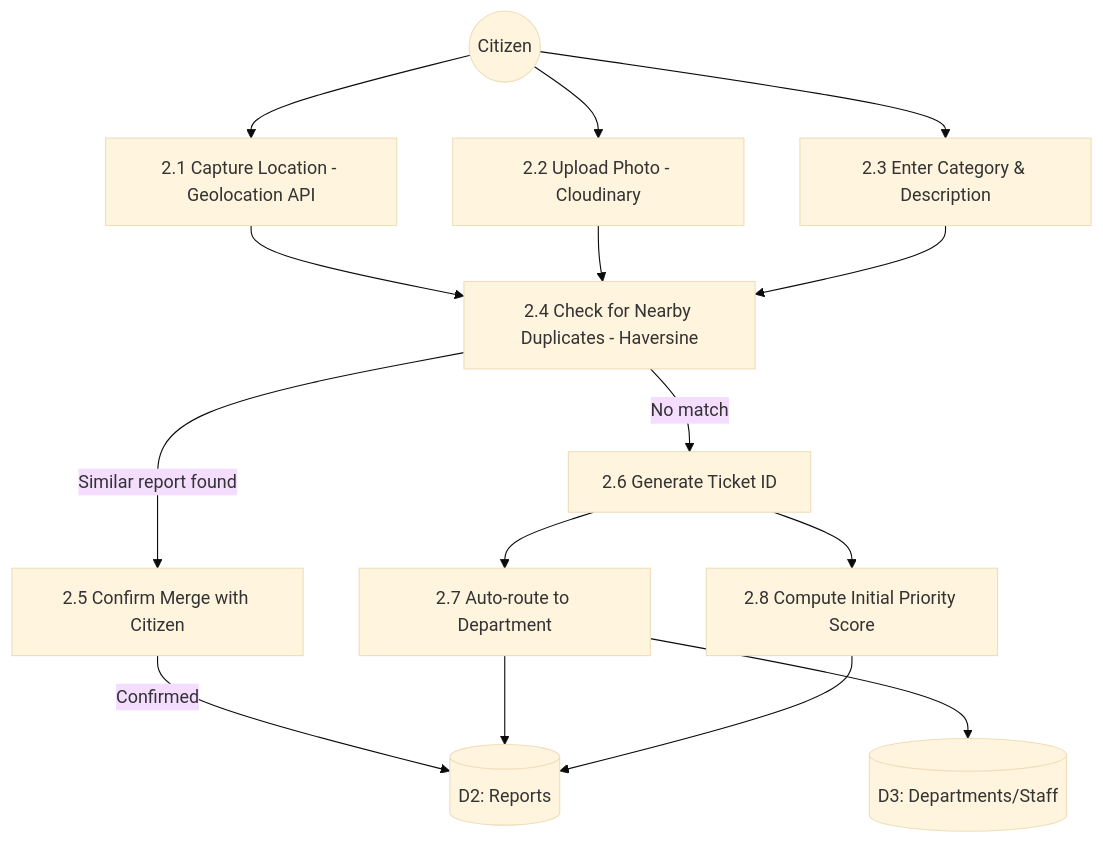
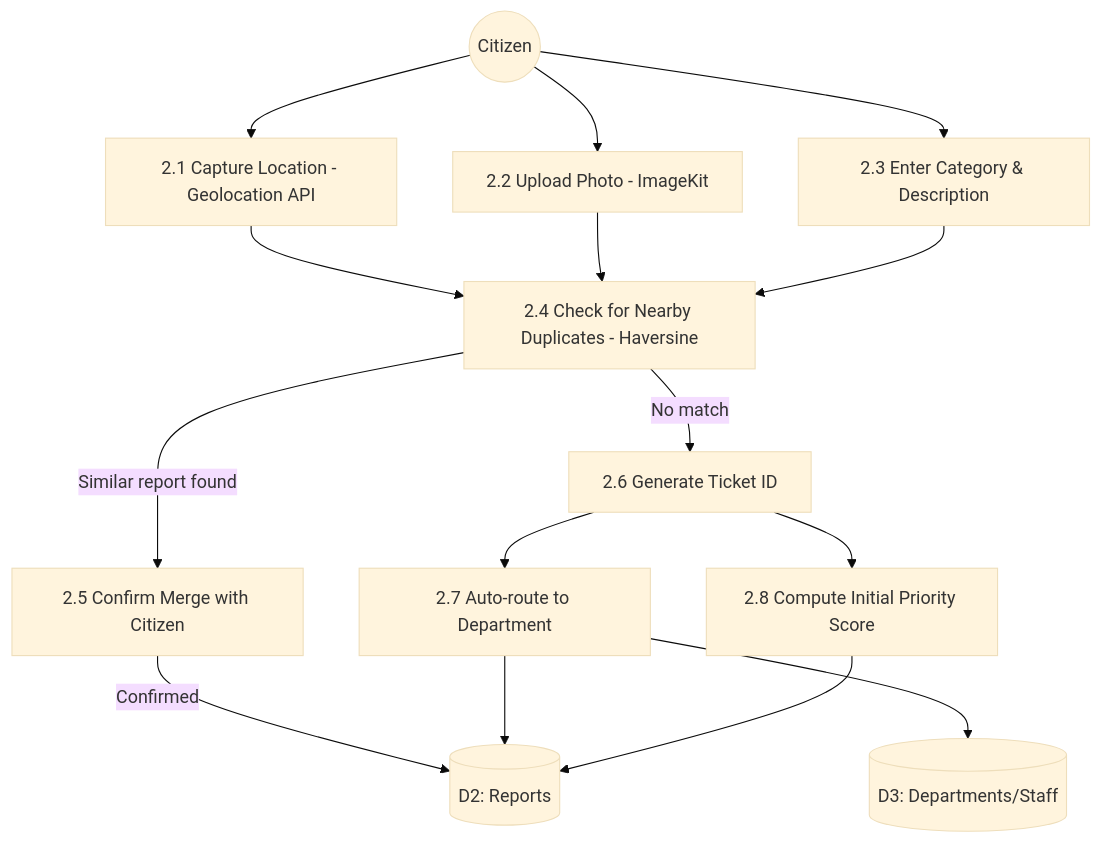
One commit to Ujjwal-0005/nivaran changed the fourth of 4 diagrams in README.md. Above: the diagram before and after it, drawn with Mermaid (base theme). The commit also changed other lines of this file, not shown here.

First line of the commit message:
docs: update README to use ImageKit instead of Cloudinary

````diff
--- a/README.md
+++ b/README.md
@@ -157,17 +157,17 @@
 ```mermaid
 flowchart TB
     Citizen((Citizen)) --> S1[2.1 Capture Location - Geolocation API]
-    Citizen --> S2[2.2 Upload Photo - Cloudinary]
+    Citizen --> S2[2.2 Upload Photo - ImageKit]
     Citizen --> S3[2.3 Enter Category & Description]
     S1 --> S4[2.4 Check for Nearby Duplicates - Haversine]
     S2 --> S4
     S3 --> S4
     S4 -- Similar report found --> S5[2.5 Confirm Merge with Citizen]
     S4 -- No match --> S6[2.6 Generate Ticket ID]
     S5 -- Confirmed --> D2[(D2: Reports)]
     S6 --> S7[2.7 Auto-route to Department]
     S7 --> D2
     S7 --> D3[(D3: Departments/Staff)]
     S6 --> S8[2.8 Compute Initial Priority Score]
     S8 --> D2
 ```
````
